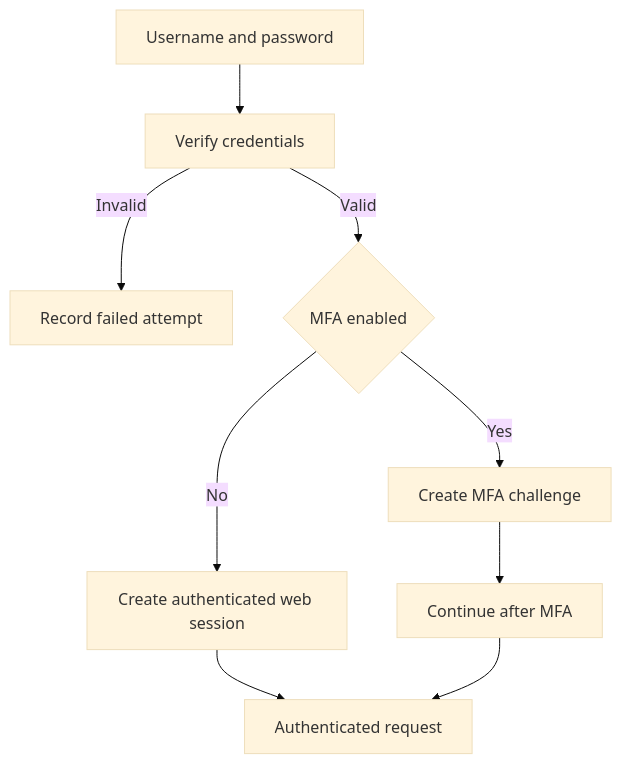
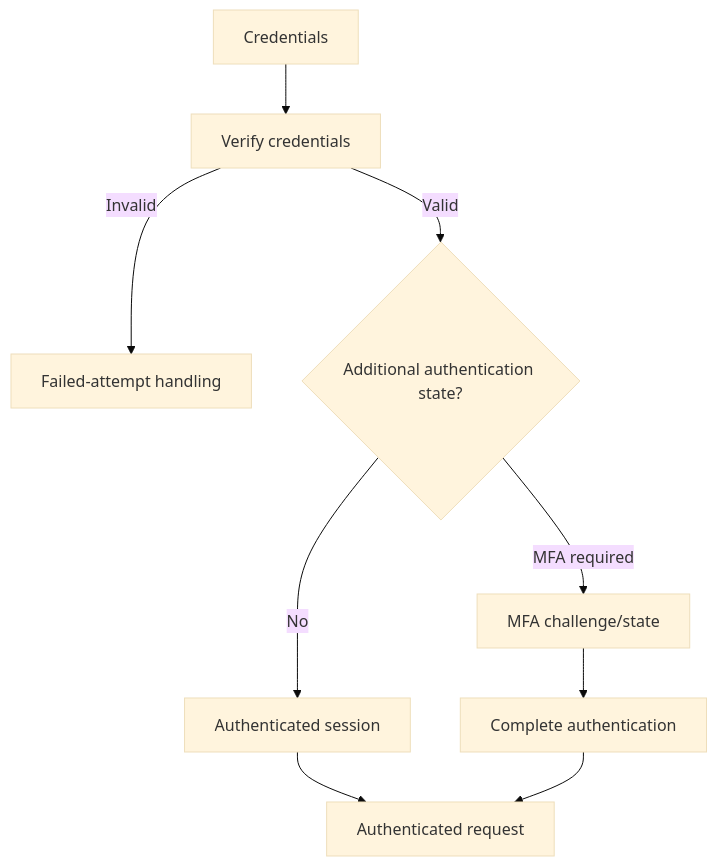
Before and after one commit to shuklasp/spp: the second of 4 diagrams in documentation/handbook/17-authentication-and-authorization.md, drawn with Mermaid (base theme). The commit also changed other lines of this file, not shown here.

Commit message:
docs: reconcile identity chapter with platform architecture

````diff
--- a/documentation/handbook/17-authentication-and-authorization.md
+++ b/documentation/handbook/17-authentication-and-authorization.md
@@ -71,11 +60,11 @@
 ```mermaid
 flowchart TD
-    A[Username and password] --> B[Verify credentials]
-    B -- Invalid --> C[Record failed attempt]
-    B -- Valid --> D{MFA enabled}
-    D -- Yes --> E[Create MFA challenge]
-    D -- No --> F[Create authenticated web session]
-    E --> G[Continue after MFA]
+    A[Credentials] --> B[Verify credentials]
+    B -- Invalid --> C[Failed-attempt handling]
+    B -- Valid --> D{Additional authentication state?}
+    D -- MFA required --> E[MFA challenge/state]
+    D -- No --> F[Authenticated session]
+    E --> G[Complete authentication]
     F --> H[Authenticated request]
     G --> H
 ```
````
